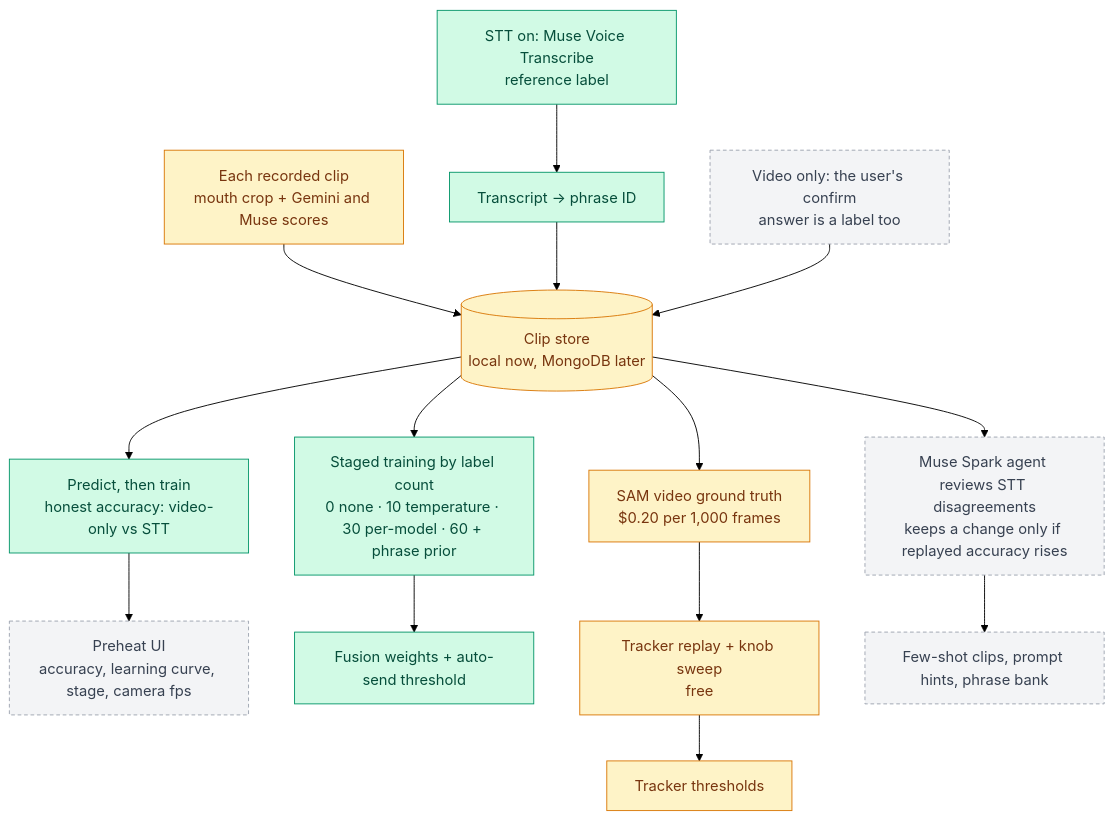
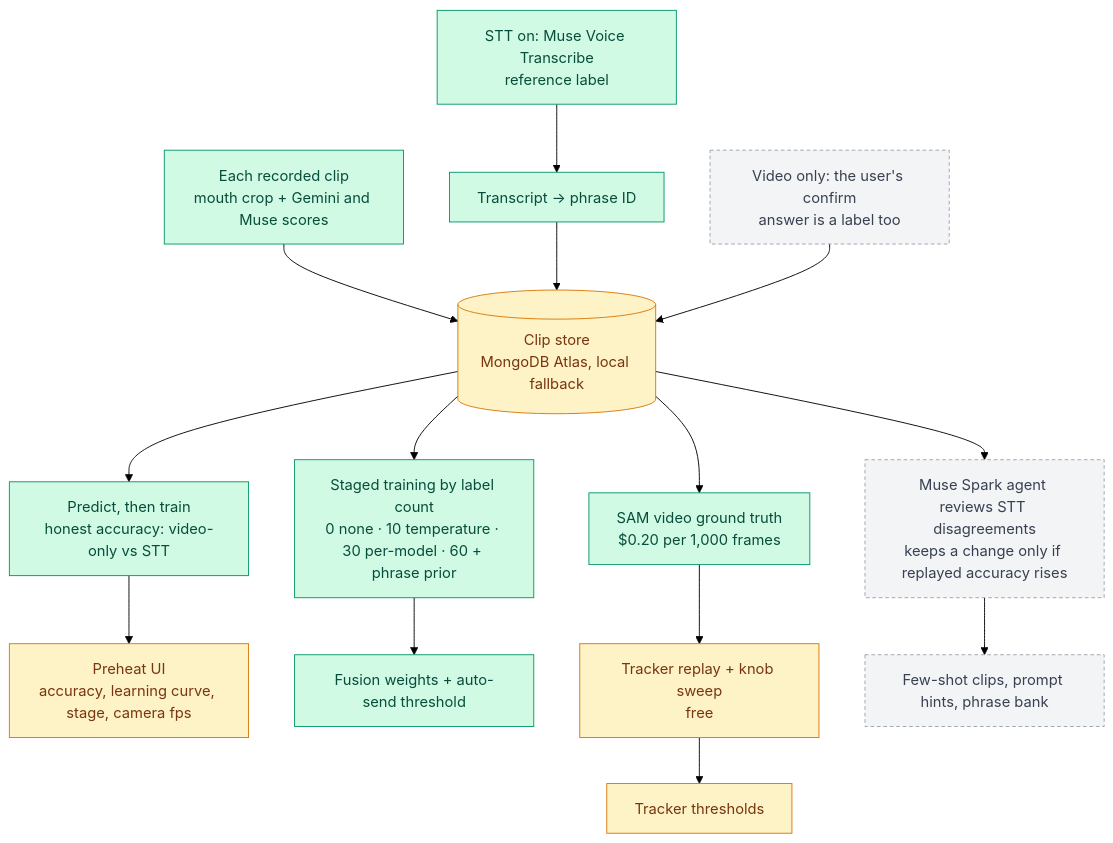
The second of 2 diagrams in docs/pipeline.md (Darijan-Ducic/badge-machine), drawn with Mermaid (forest theme) before and after one commit. The commit also changed other lines of this file and 1 other file, not shown here.

Commit message:
feat: serve preheat API (/phrases, /stats, /preheat/clip)
Verified live: STT label, both readers at 24 fps, storage and stats round-trip through the server.

````diff
--- a/docs/pipeline.md
+++ b/docs/pipeline.md
@@ -42,35 +42,35 @@
 ```mermaid
 flowchart TD
   CLIP["Each recorded clip<br/>mouth crop + Gemini and Muse scores"]
   STT["STT on: Muse Voice Transcribe<br/>reference label"]
   CONF["Video only: the user's confirm<br/>answer is a label too"]
   MATCH["Transcript → phrase ID"]
-  STORE[("Clip store<br/>local now, MongoDB later")]
+  STORE[("Clip store<br/>MongoDB Atlas, local fallback")]
 
   PREQ["Predict, then train<br/>honest accuracy: video-only vs STT"]
   UI["Preheat UI<br/>accuracy, learning curve, stage, camera fps"]
   STAGES["Staged training by label count<br/>0 none · 10 temperature · 30 per-model · 60 + phrase prior"]
   FUSE["Fusion weights + auto-send threshold"]
 
   GT["SAM video ground truth<br/>$0.20 per 1,000 frames"]
   REPLAY["Tracker replay + knob sweep<br/>free"]
   KNOBS["Tracker thresholds"]
 
   AGENT["Muse Spark agent reviews STT disagreements<br/>keeps a change only if replayed accuracy rises"]
   PROMPTS["Few-shot clips, prompt hints, phrase bank"]
 
   CLIP --> STORE
   STT --> MATCH --> STORE
   CONF --> STORE
   STORE --> PREQ --> UI
   STORE --> STAGES --> FUSE
   STORE --> GT --> REPLAY --> KNOBS
   STORE --> AGENT --> PROMPTS
 
   classDef built fill:#d1fae5,stroke:#059669,color:#064e3b
   classDef building fill:#fef3c7,stroke:#d97706,color:#78350f
   classDef planned fill:#f3f4f6,stroke:#9ca3af,color:#374151,stroke-dasharray:4 3
-  class STT,MATCH,PREQ,STAGES,FUSE built
-  class CLIP,STORE,GT,REPLAY,KNOBS building
-  class CONF,UI,AGENT,PROMPTS planned
+  class STT,MATCH,PREQ,STAGES,FUSE,CLIP,GT built
+  class STORE,REPLAY,KNOBS,UI building
+  class CONF,AGENT,PROMPTS planned
 ```
````
